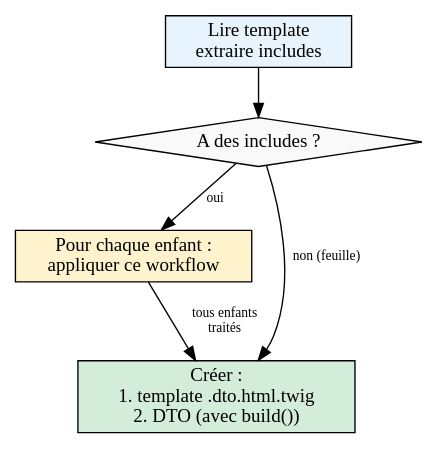
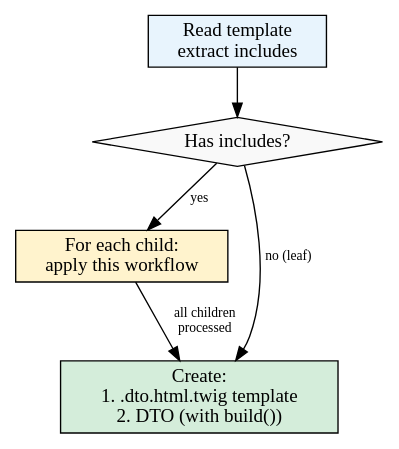
One commit to Dayuse-Labs/Skills-Portfolio changed the diagram in skills/dayuse-mail/SKILL.md. Above: the diagram before and after it, drawn with Graphviz. The commit also changed other lines of this file and 1 other file, not shown here.

````diff
--- a/skills/dayuse-mail/SKILL.md
+++ b/skills/dayuse-mail/SKILL.md
@@ -97,17 +97,17 @@
 ```dot
 digraph depth_first {
     rankdir=TB;
     node [shape=diamond, style=filled, fillcolor="#f9f9f9"];
     edge [fontsize=10];
 
-    scan [label="Lire template\nextraire includes", shape=box, fillcolor="#e8f4fd"];
-    has_children [label="A des includes ?"];
-    recurse [label="Pour chaque enfant :\nappliquer ce workflow", shape=box, fillcolor="#fff3cd"];
-    create [label="Créer :\n1. template .dto.html.twig\n2. DTO (avec build())", shape=box, fillcolor="#d4edda"];
+    scan [label="Read template\nextract includes", shape=box, fillcolor="#e8f4fd"];
+    has_children [label="Has includes?"];
+    recurse [label="For each child:\napply this workflow", shape=box, fillcolor="#fff3cd"];
+    create [label="Create:\n1. .dto.html.twig template\n2. DTO (with build())", shape=box, fillcolor="#d4edda"];
 
     scan -> has_children;
-    has_children -> recurse [label="oui"];
-    has_children -> create [label="non (feuille)"];
-    recurse -> create [label="tous enfants\ntraités"];
+    has_children -> recurse [label="yes"];
+    has_children -> create [label="no (leaf)"];
+    recurse -> create [label="all children\nprocessed"];
 }
 ```
````
